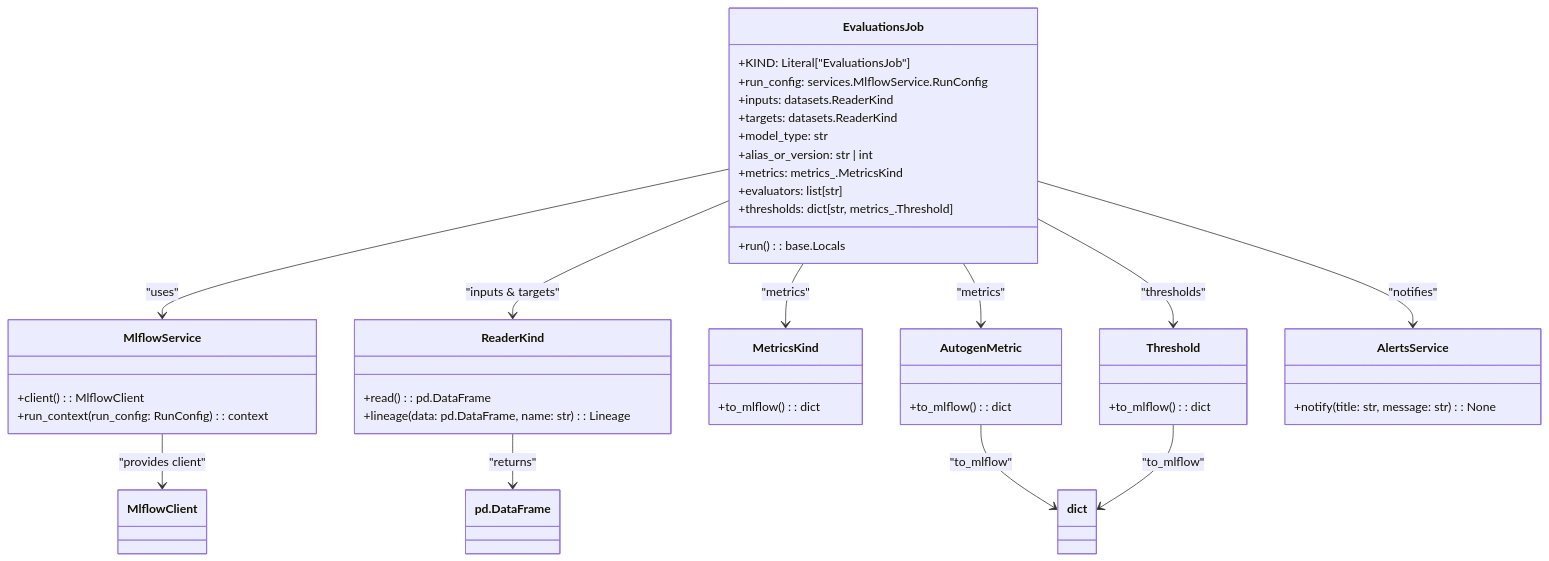
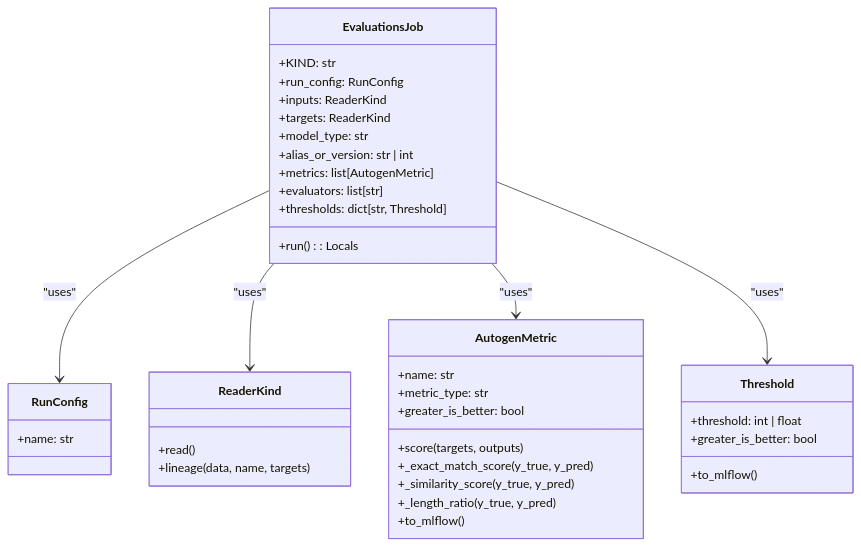
One commit to lgcorzo/llmops-python-package changed the diagram in Documents/Evaluations_stories.md. Above: the diagram before and after it, drawn with Mermaid. The commit also changed other lines of this file and 25 other files, not shown here.

````diff
--- a/Documents/Evaluations_stories.md
+++ b/Documents/Evaluations_stories.md
@@ -21,53 +23,47 @@
 ```mermaid
 classDiagram
     class EvaluationsJob {
-        +KIND: Literal["EvaluationsJob"]
-        +run_config: services.MlflowService.RunConfig
-        +inputs: datasets.ReaderKind
-        +targets: datasets.ReaderKind
+        +KIND: str
+        +run_config: RunConfig
+        +inputs: ReaderKind
+        +targets: ReaderKind
         +model_type: str
         +alias_or_version: str | int
-        +metrics: metrics_.MetricsKind
+        +metrics: list[AutogenMetric]
         +evaluators: list[str]
-        +thresholds: dict[str, metrics_.Threshold]
-        +run(): base.Locals
+        +thresholds: dict[str, Threshold]
+        +run(): Locals
     }
 
-    class MlflowService {
-        +client() : MlflowClient
-        +run_context(run_config: RunConfig) : context
+    class RunConfig {
+        +name: str
     }
 
     class ReaderKind {
-        +read() : pd.DataFrame
-        +lineage(data: pd.DataFrame, name: str) : Lineage
-    }
-
-    class MetricsKind {
-        +to_mlflow() : dict
+        +read()
+        +lineage(data, name, targets)
     }
 
     class AutogenMetric {
-        +to_mlflow() : dict
+        +name: str
+        +metric_type: str
+        +greater_is_better: bool
+        +score(targets, outputs)
+        +_exact_match_score(y_true, y_pred)
+        +_similarity_score(y_true, y_pred)
+        +_length_ratio(y_true, y_pred)
+        +to_mlflow()
     }
 
     class Threshold {
-        +to_mlflow() : dict
+        +threshold: int | float
+        +greater_is_better: bool
+        +to_mlflow()
     }
 
-    class AlertsService {
-        +notify(title: str, message: str) : None
-    }
-
-    EvaluationsJob --> MlflowService : "uses"
-    EvaluationsJob --> ReaderKind : "inputs & targets"
-    EvaluationsJob --> MetricsKind : "metrics"
-    EvaluationsJob --> AutogenMetric : "metrics"
-    EvaluationsJob --> AlertsService : "notifies"
-    EvaluationsJob --> Threshold : "thresholds"
-    MlflowService --> MlflowClient : "provides client"
-    ReaderKind --> pd.DataFrame : "returns"
-    AutogenMetric --> dict : "to_mlflow"
-    Threshold --> dict : "to_mlflow"
+    EvaluationsJob --> RunConfig : "uses"
+    EvaluationsJob --> ReaderKind : "uses"
+    EvaluationsJob --> AutogenMetric : "uses"
+    EvaluationsJob --> Threshold : "uses"
 
 ```
````
